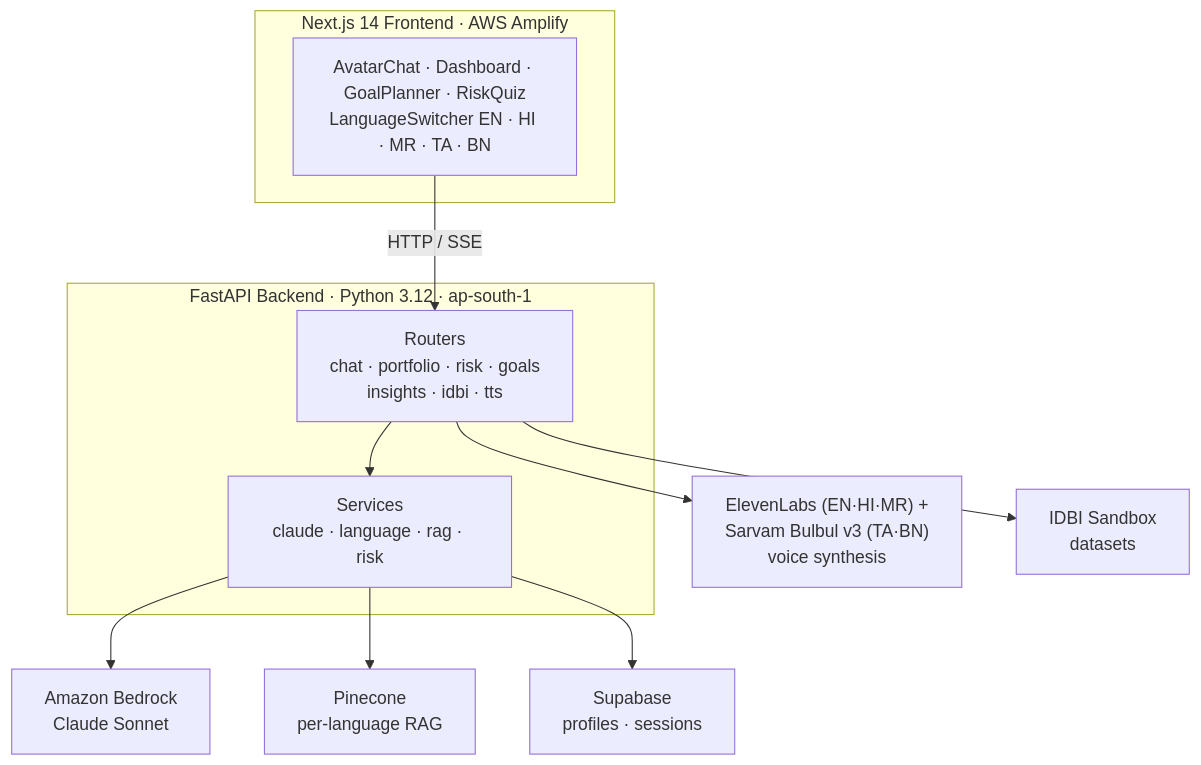
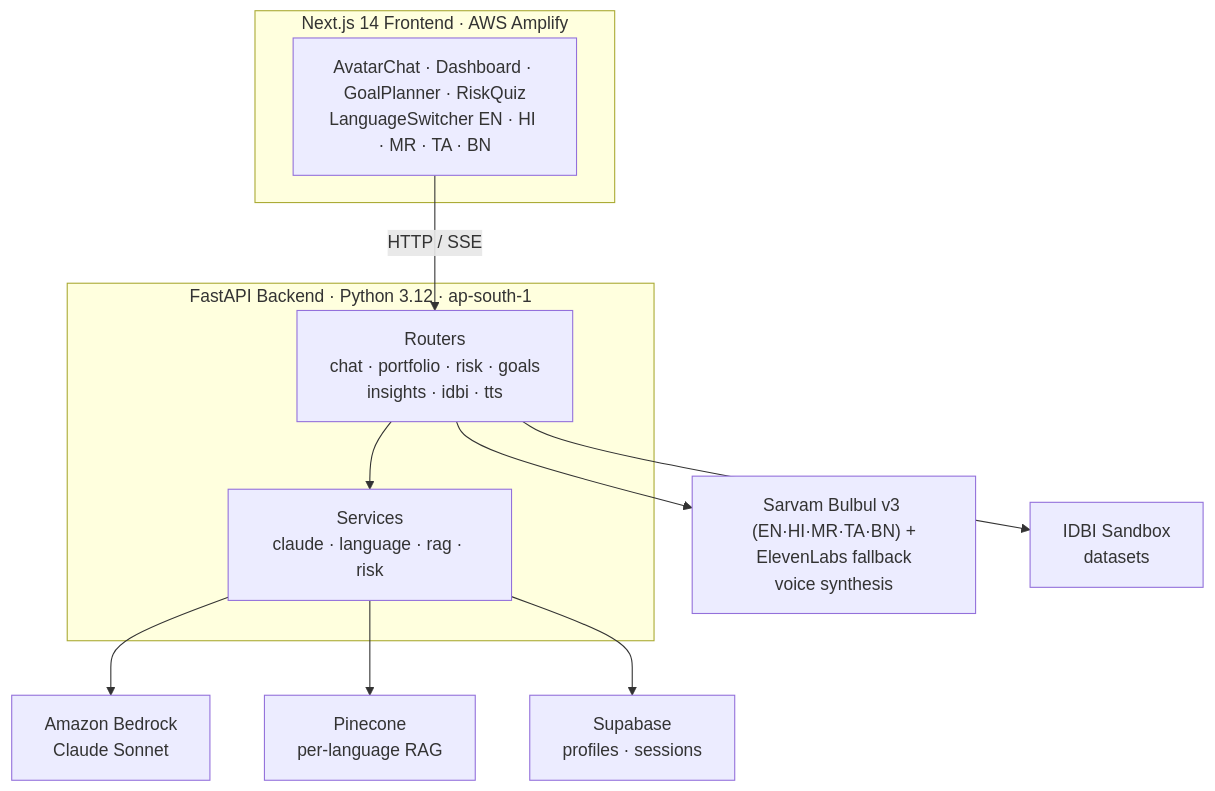
The diagram in README.md (omkar-platform-ai/wealthseva-ai), drawn with Mermaid before and after one commit. The commit also changed other lines of this file and 12 other files, not shown here.

First line of the commit message:
feat(voice): switch all languages to Sarvam Bulbul v3 primary, ElevenLabs fallback [WEA-83]

````diff
--- a/README.md
+++ b/README.md
@@ -78,25 +78,25 @@
 ```mermaid
 graph TD
     subgraph FE["Next.js 14 Frontend · AWS Amplify"]
         UI["AvatarChat · Dashboard · GoalPlanner · RiskQuiz<br/>LanguageSwitcher EN · HI · MR · TA · BN"]
     end
 
     subgraph BE["FastAPI Backend · Python 3.12 · ap-south-1"]
         RT["Routers<br/>chat · portfolio · risk · goals<br/>insights · idbi · tts"]
         SV["Services<br/>claude · language · rag · risk"]
     end
 
     BR["Amazon Bedrock<br/>Claude Sonnet"]
-    EL["ElevenLabs (EN·HI·MR) +<br/>Sarvam Bulbul v3 (TA·BN)<br/>voice synthesis"]
+    EL["Sarvam Bulbul v3 (EN·HI·MR·TA·BN) +<br/>ElevenLabs fallback<br/>voice synthesis"]
     PC["Pinecone<br/>per-language RAG"]
     SB["Supabase<br/>profiles · sessions"]
     IDBI["IDBI Sandbox<br/>datasets"]
 
     UI -->|HTTP / SSE| RT
     RT --> SV
     SV --> BR
     SV --> PC
     SV --> SB
     RT --> EL
     RT --> IDBI
 ```
````
